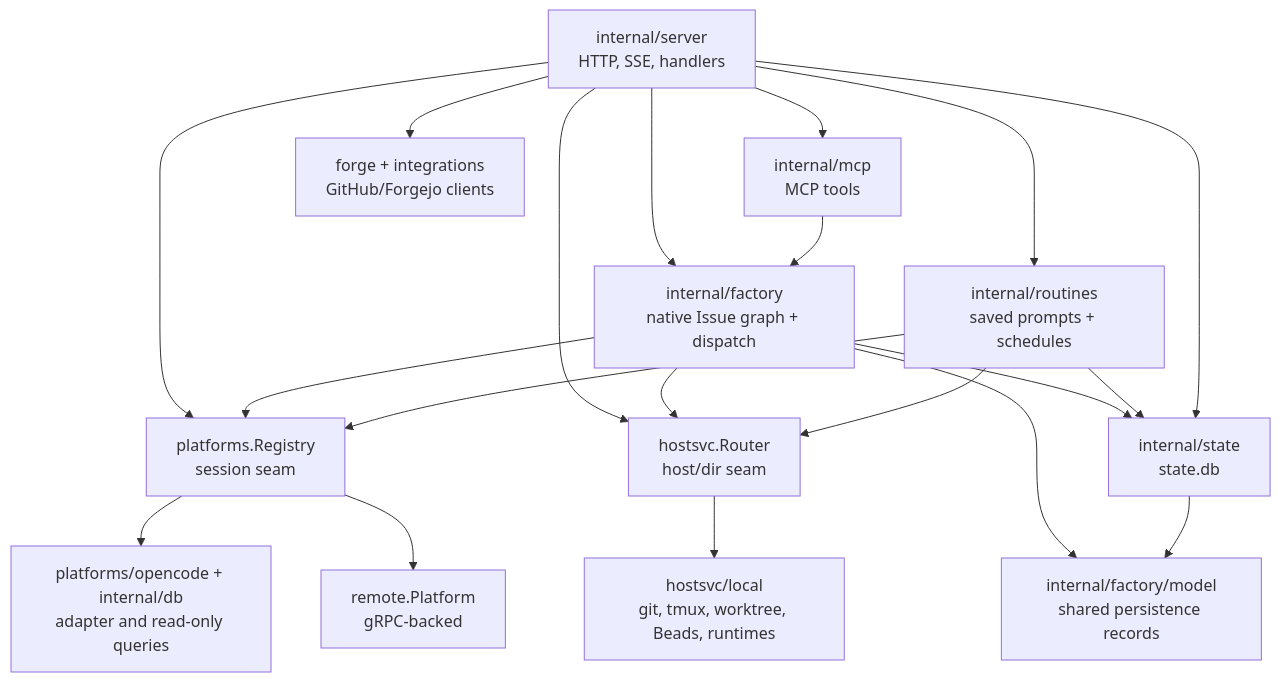
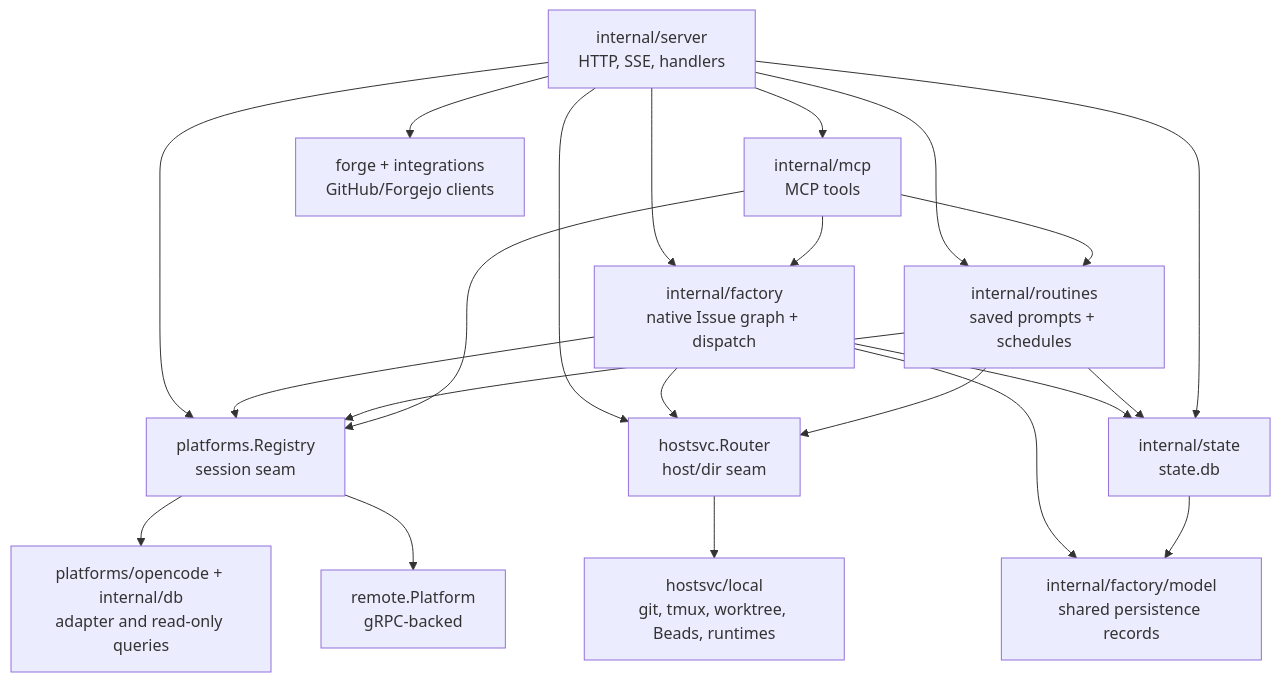
Before and after one commit to ocman/ocman: the third of 5 diagrams in docs/other/architecture.md, drawn with Mermaid. The commit also changed other lines of this file and 17 other files, not shown here.

````diff
--- a/docs/other/architecture.md
+++ b/docs/other/architecture.md
@@ -74,22 +74,24 @@
 ```mermaid
 flowchart TD
     Server[internal/server<br/>HTTP, SSE, handlers] --> Registry[platforms.Registry<br/>session seam]
     Server --> Router[hostsvc.Router<br/>host/dir seam]
     Server --> Routines[internal/routines<br/>saved prompts + schedules]
     Server --> Factory[internal/factory<br/>native Issue graph + dispatch]
     Factory --> FactoryModel[internal/factory/model<br/>shared persistence records]
     Factory --> State
     State --> FactoryModel
     Factory --> Registry
     Factory --> Router
     Routines --> Registry
     Routines --> Router
     Routines --> State
     Server --> MCP[internal/mcp<br/>MCP tools]
     MCP --> Factory
+    MCP --> Routines
+    MCP --> Registry
     Registry --> OC[platforms/opencode + internal/db<br/>adapter and read-only queries]
     Registry --> RP[remote.Platform<br/>gRPC-backed]
     Router --> Local[hostsvc/local<br/>git, tmux, worktree, Beads, runtimes]
     Server --> State[internal/state<br/>state.db]
     Server --> Forge[forge + integrations<br/>GitHub/Forgejo clients]
 ```
````
